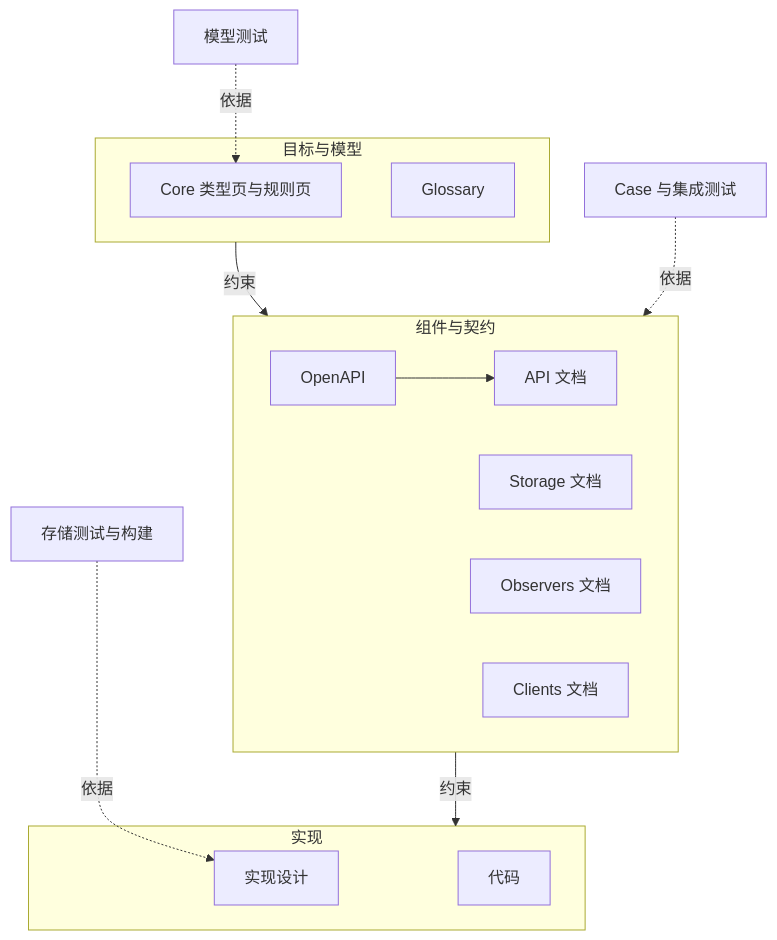
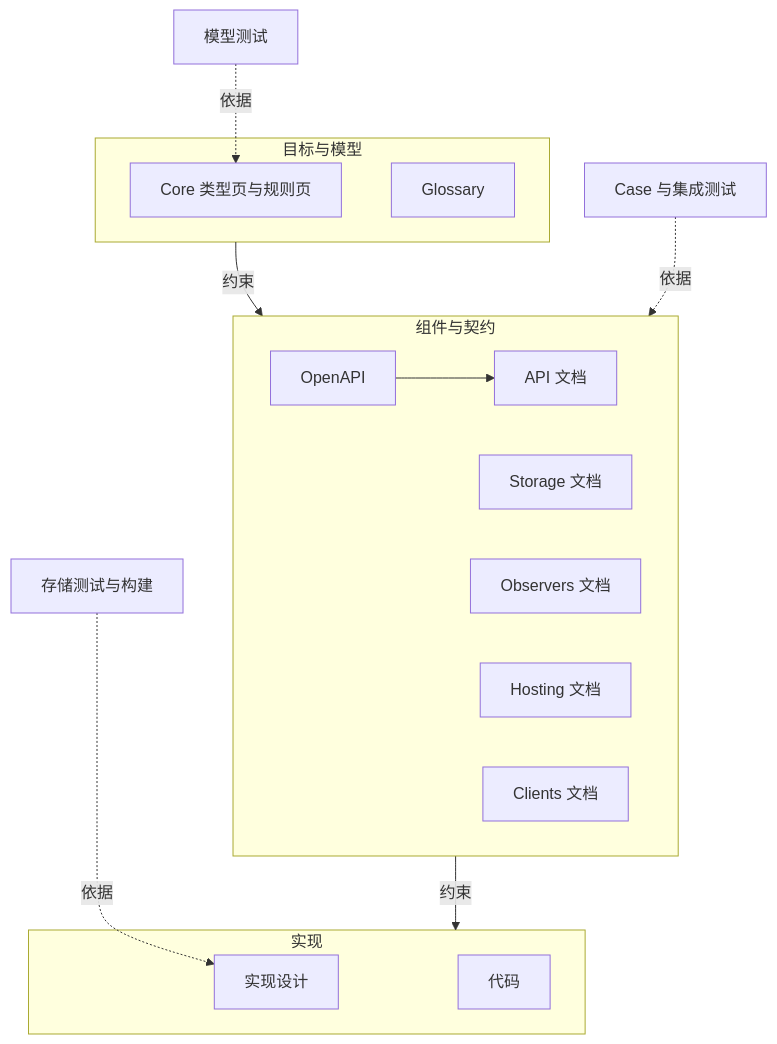
The first of 2 diagrams in src/Docs/Orisumi.Docs/content/docs/adr/documentation-authority.mdx (shenxianovo/Heartbeat), drawn with Mermaid before and after one commit. The commit also changed 74 other files, not shown here.

````diff
--- a/src/Docs/Orisumi.Docs/content/docs/adr/documentation-authority.mdx
+++ b/src/Docs/Orisumi.Docs/content/docs/adr/documentation-authority.mdx
@@ -131,36 +131,38 @@
 ```mermaid
 flowchart TD
   subgraph L1[目标与模型]
     CORE[Core 类型页与规则页]
     GLO[Glossary]
   end
 
   subgraph L2[组件与契约]
     OAS[OpenAPI] --> APIDOC[API 文档]
     STO[Storage 文档]
     OBS[Observers 文档]
+    HOS[Hosting 文档]
     CLI[Clients 文档]
   end
 
   subgraph L3[实现]
     IMPL[实现设计]
     CODE[代码]
   end
 
   L1 -->|约束| L2 -->|约束| L3
 
   MT[模型测试] -.->|依据| CORE
   CASE[Case 与集成测试] -.->|依据| L2
   CHK[存储测试与构建] -.->|依据| IMPL
 
   click CORE "/core"
   click GLO "/core/glossary"
   click OAS "/api"
   click APIDOC "/api"
   click STO "/storage"
   click OBS "/observers"
+  click HOS "/hosting"
   click CLI "/clients"
   click MT "/testing#model"
   click CASE "/testing#cases"
   click CHK "/testing"
 ```
````
